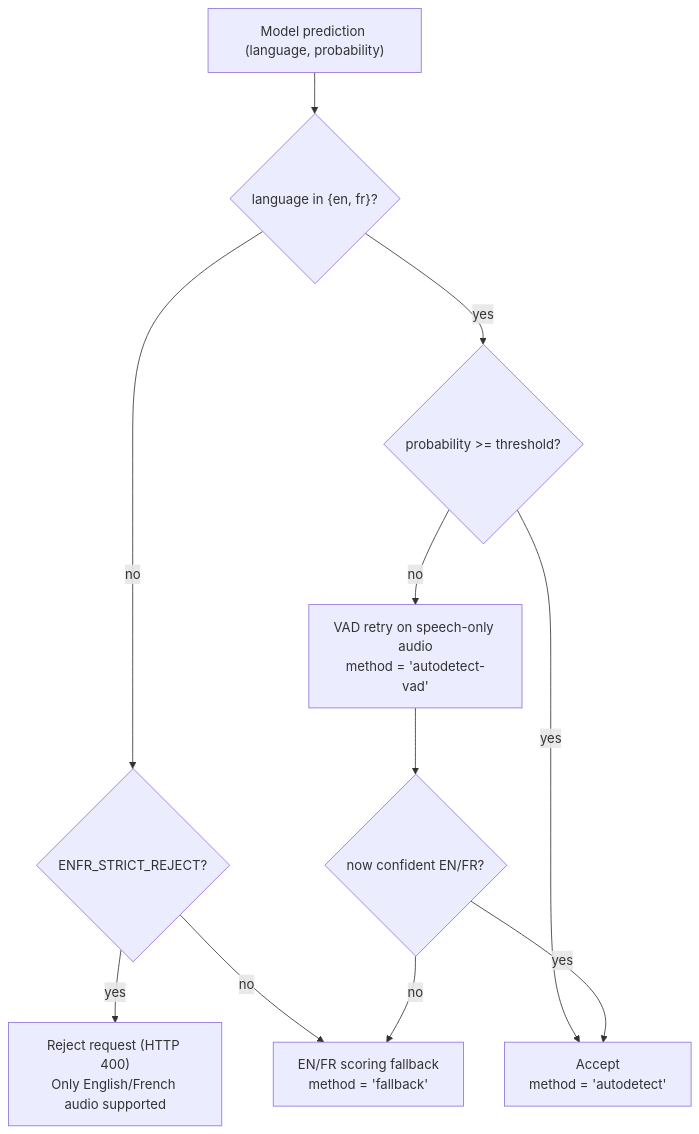
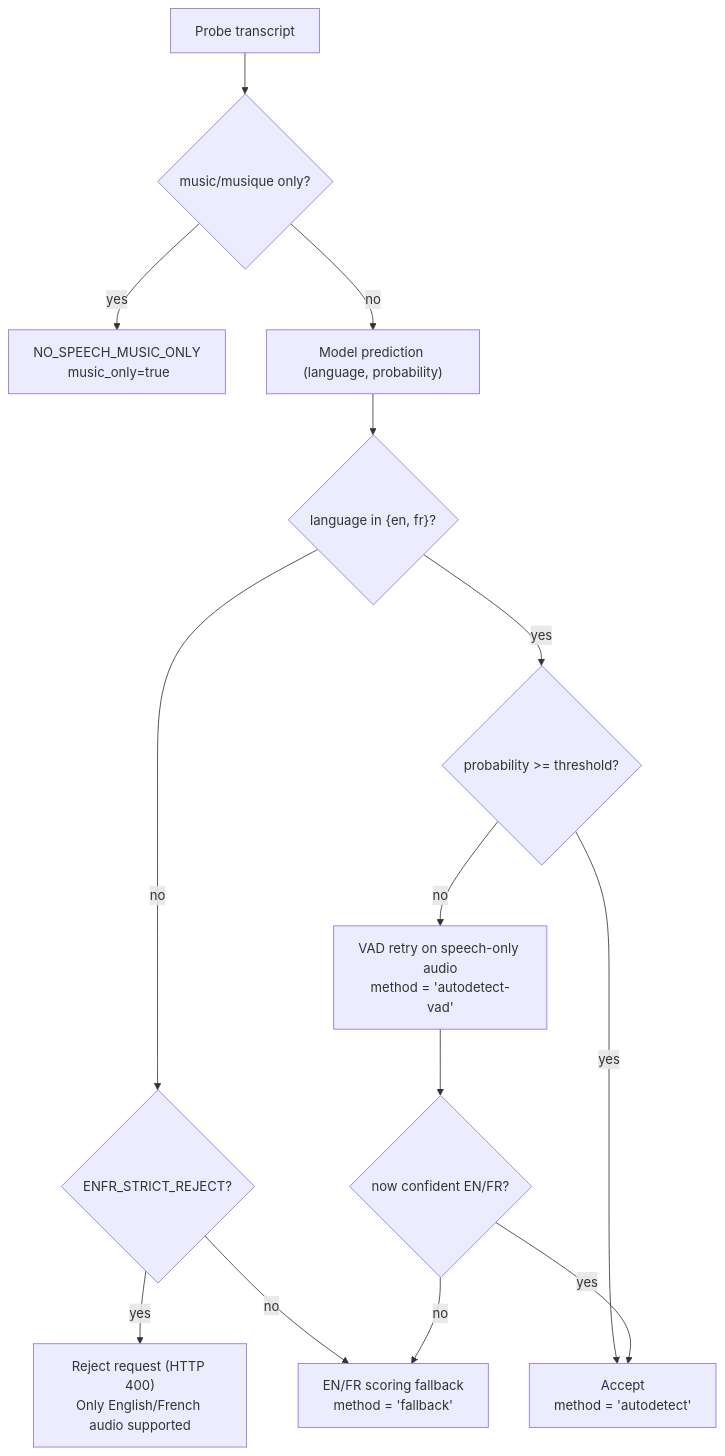
The second of 2 diagrams in langid_service/docs/PIPELINE.md (cisco7507/LangId-mr), drawn with Mermaid before and after one commit. The commit also changed other lines of this file and 9 other files, not shown here.

Commit message:
docs: simplify mermaid diagrams to avoid parser errors (remove parentheses/slashes/complex labels)

````diff
--- a/langid_service/docs/PIPELINE.md
+++ b/langid_service/docs/PIPELINE.md
@@ -155,15 +176,19 @@
 ```mermaid
 flowchart TD
-  A["Model prediction (language, probability)"] --> B{"language in {en, fr}?"}
+  Probe["Probe transcript"] --> Music{"music/musique only?"}
+  Music -->|"yes"| MusicOnly["NO_SPEECH_MUSIC_ONLY\n music_only=true"]
+  Music -->|"no"| A["Model prediction (language, probability)"]
+
+  A --> B{"language in {en, fr}?"}
 
   B -->|"no"| C{"ENFR_STRICT_REJECT?"}
   C -->|"yes"| D["Reject request (HTTP 400)\nOnly English/French audio supported"]
   C -->|"no"| E["EN/FR scoring fallback\nmethod = 'fallback'"]
 
   B -->|"yes"| F{"probability >= threshold?"}
   F -->|"yes"| G["Accept\nmethod = 'autodetect'"]
   F -->|"no"| H["VAD retry on speech-only audio\nmethod = 'autodetect-vad'"]
   H --> I{"now confident EN/FR?"}
   I -->|"yes"| G
   I -->|"no"| E
 ```
````
